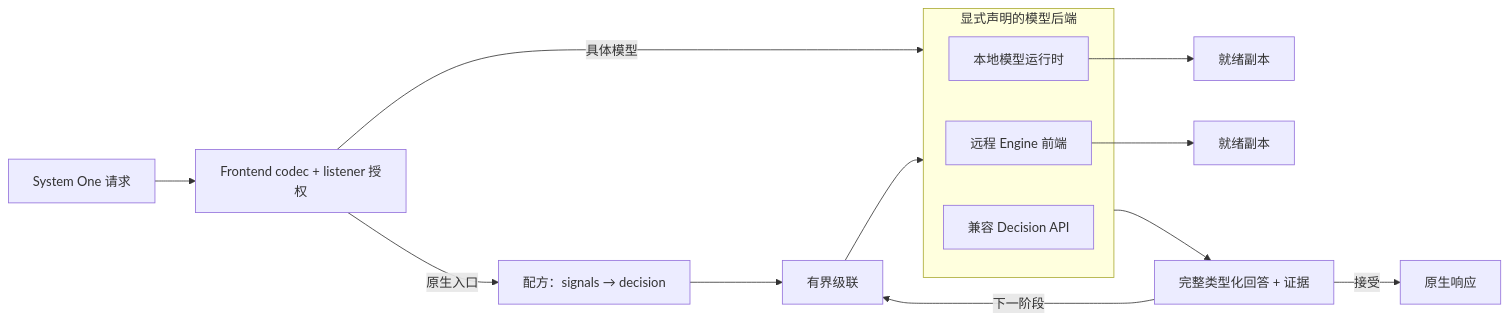
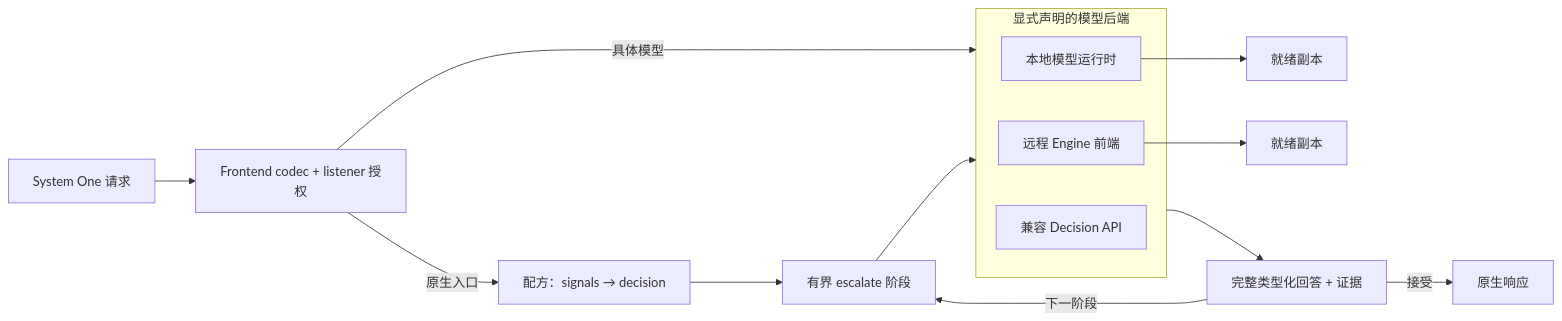
The diagram in website/i18n/zh-Hans/docusaurus-plugin-content-docs/current/overview/component-architecture.md (vllm-project/semantic-router), drawn with Mermaid before and after one commit. The commit also changed other lines of this file and 589 other files, not shown here.

````diff
--- a/website/i18n/zh-Hans/docusaurus-plugin-content-docs/current/overview/component-architecture.md
+++ b/website/i18n/zh-Hans/docusaurus-plugin-content-docs/current/overview/component-architecture.md
@@ -92,18 +92,18 @@
 ```mermaid
 flowchart LR
     Request["System One 请求"] --> Frontend["Frontend codec + listener 授权"]
     Frontend -->|"具体模型"| Backends
     Frontend -->|"原生入口"| Recipe["配方：signals → decision"]
-    Recipe --> Algorithm["有界级联"]
+    Recipe --> Algorithm["有界 escalate 阶段"]
     Algorithm --> Backends
     subgraph Backends["显式声明的模型后端"]
         Local["本地模型运行时"]
         Engine["远程 Engine 前端"]
         External["兼容 Decision API"]
     end
     Local --> Replicas["就绪副本"]
     Engine --> RemoteReplicas["就绪副本"]
     Backends --> Evidence["完整类型化回答 + 证据"]
     Evidence -->|"下一阶段"| Algorithm
     Evidence -->|"接受"| Result["原生响应"]
 ```
````
